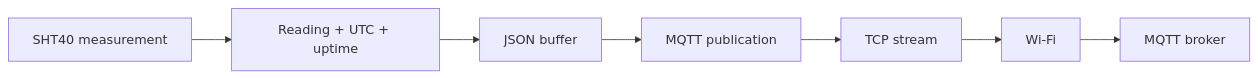
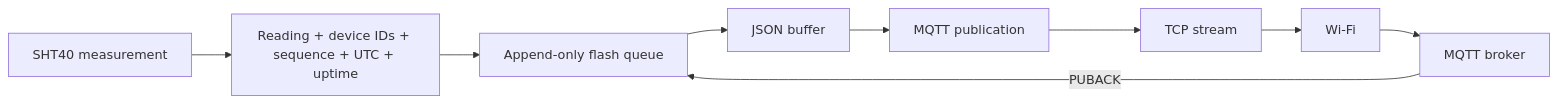
One commit to zmad5306/PicoDataLogger changed the third of 4 diagrams in docs/architecture.md. Above: the diagram before and after it, drawn with Mermaid. The commit also changed other lines of this file and 8 other files, not shown here.

Commit message:
feat: buffer MQTT readings in flash (#43)

````diff
--- a/docs/architecture.md
+++ b/docs/architecture.md
@@ -75,12 +88,14 @@
 ```mermaid
 flowchart LR
     SENSOR["SHT40 measurement"]
-    READING["Reading + UTC + uptime"]
+    READING["Reading + device IDs + sequence + UTC + uptime"]
+    QUEUE["Append-only flash queue"]
     JSON["JSON buffer"]
     MQTT["MQTT publication"]
     TCP["TCP stream"]
     WIFI["Wi-Fi"]
     BROKER["MQTT broker"]
 
-    SENSOR --> READING --> JSON --> MQTT --> TCP --> WIFI --> BROKER
+    SENSOR --> READING --> QUEUE --> JSON --> MQTT --> TCP --> WIFI --> BROKER
+    BROKER -->|"PUBACK"| QUEUE
 ```
````
